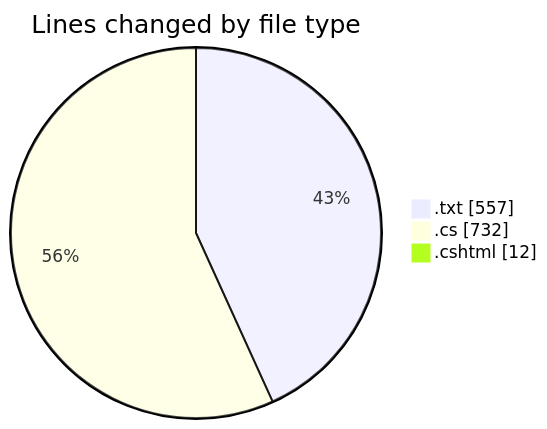
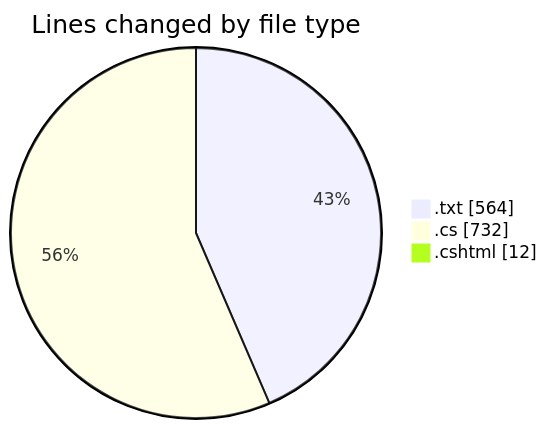
The first of 2 diagrams in 2025-07-26/quanlyrapchieuphim-1/README.md (lephambinh05/code-tracking), drawn with Mermaid before and after one commit. The commit also changed other lines of this file and 1 other file, not shown here.

````diff
--- a/2025-07-26/quanlyrapchieuphim-1/README.md
+++ b/2025-07-26/quanlyrapchieuphim-1/README.md
@@ -25,7 +25,7 @@
 ```mermaid
 pie showData
 title Lines changed by file type
-".txt" : 557
+".txt" : 564
 ".cs" : 732
 ".cshtml" : 12
 ```
````
